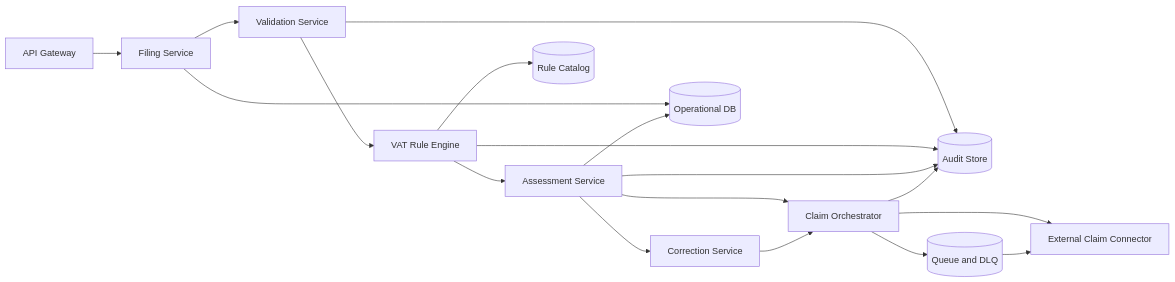
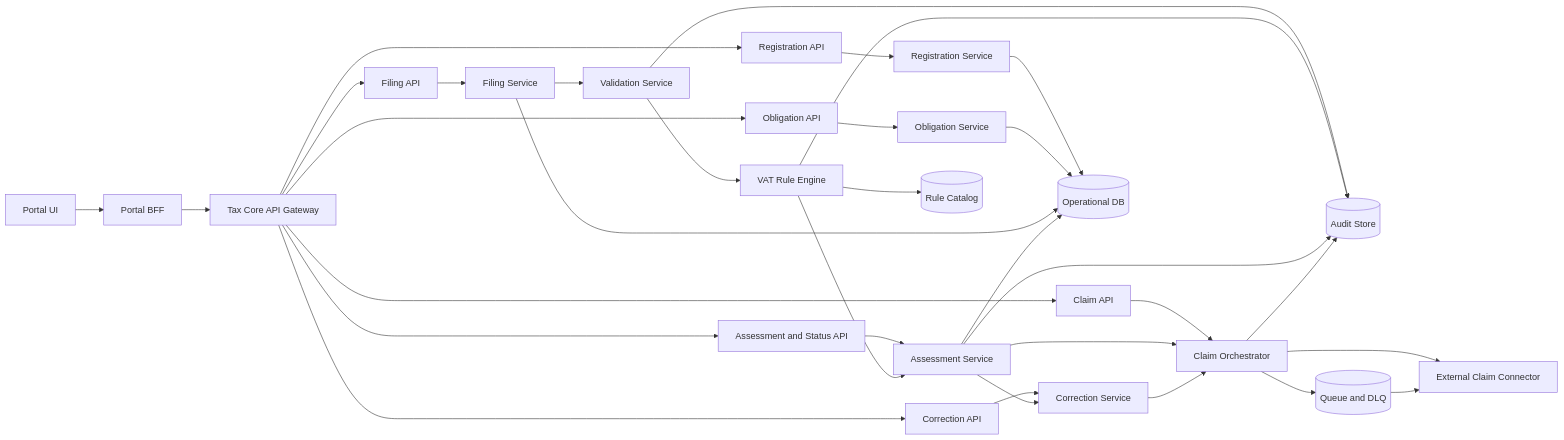
The third of 3 diagrams in architecture/01-target-architecture-blueprint.md (nc-tbi/VATRI-Codex), drawn with Mermaid before and after one commit. The commit also changed other lines of this file and 15 other files, not shown here.

First line of the commit message:
Add module interaction guide and update design to v1.2 with Portal BFF and 3-layer taxonomy

````diff
--- a/architecture/01-target-architecture-blueprint.md
+++ b/architecture/01-target-architecture-blueprint.md
@@ -56,20 +62,37 @@
 ```mermaid
 flowchart LR
-API[API Gateway] --> FIL[Filing Service]
+PORTAL[Portal UI] --> BFF[Portal BFF]
+BFF --> API[Tax Core API Gateway]
+API --> REGAPI[Registration API]
+API --> OBLAPI[Obligation API]
+API --> FILAPI[Filing API]
+API --> CORAPI[Correction API]
+API --> QRYAPI[Assessment and Status API]
+API --> CLMAPI[Claim API]
+
+REGAPI --> REGSVC[Registration Service]
+OBLAPI --> OBLSVC[Obligation Service]
+FILAPI --> FIL[Filing Service]
+CORAPI --> COR[Correction Service]
+QRYAPI --> ASM[Assessment Service]
+CLMAPI --> ORC[Claim Orchestrator]
+
 FIL --> VAL[Validation Service]
 VAL --> RULE[VAT Rule Engine]
 RULE --> ASM[Assessment Service]
 ASM --> COR[Correction Service]
 ASM --> ORC[Claim Orchestrator]
 COR --> ORC
 ORC --> CON[External Claim Connector]
 RULE --> CAT[(Rule Catalog)]
-FIL --> DB[(Operational DB)]
+REGSVC --> DB[(Operational DB)]
+OBLSVC --> DB
+FIL --> DB
 ASM --> DB
 VAL --> AUD[(Audit Store)]
 RULE --> AUD
 ASM --> AUD
 ORC --> AUD
 ORC --> Q[(Queue and DLQ)]
 Q --> CON
 ```
````
